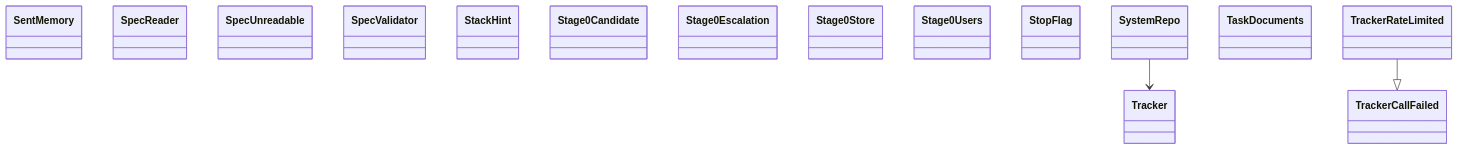
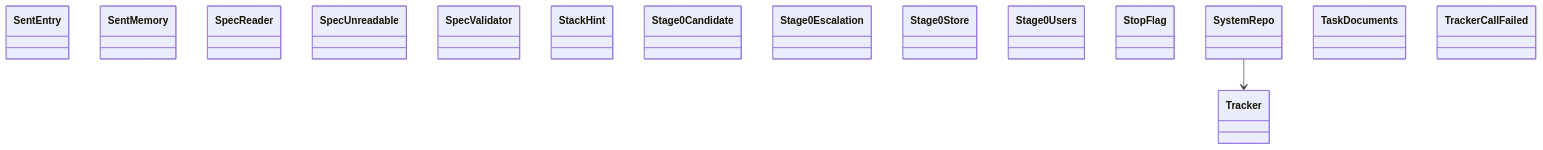
The diagram in docs/architecture/generated/classes-process-application-support-7.md (GonzaloZevallos/agentic-system), drawn with Mermaid before and after one commit. The commit also changed other lines of this file and 3 other files, not shown here.

Commit message:
Regenerate architecture docs for QueueEntry and Tracker.queue_entries

````diff
--- a/docs/architecture/generated/classes-process-application-support-7.md
+++ b/docs/architecture/generated/classes-process-application-support-7.md
@@ -21,20 +21,19 @@
 ```mermaid
 classDiagram
+    class ports__SentEntry["SentEntry"]
     class ports__SentMemory["SentMemory"]
     class ports__SpecReader["SpecReader"]
     class ports__SpecUnreadable["SpecUnreadable"]
     class ports__SpecValidator["SpecValidator"]
     class ports__StackHint["StackHint"]
     class ports__Stage0Candidate["Stage0Candidate"]
     class ports__Stage0Escalation["Stage0Escalation"]
     class ports__Stage0Store["Stage0Store"]
     class ports__Stage0Users["Stage0Users"]
     class ports__StopFlag["StopFlag"]
     class ports__SystemRepo["SystemRepo"]
     class ports__TaskDocuments["TaskDocuments"]
     class ports__Tracker["Tracker"]
     class ports__TrackerCallFailed["TrackerCallFailed"]
-    class ports__TrackerRateLimited["TrackerRateLimited"]
     ports__SystemRepo --> ports__Tracker
-    ports__TrackerRateLimited --|> ports__TrackerCallFailed
 ```
````
